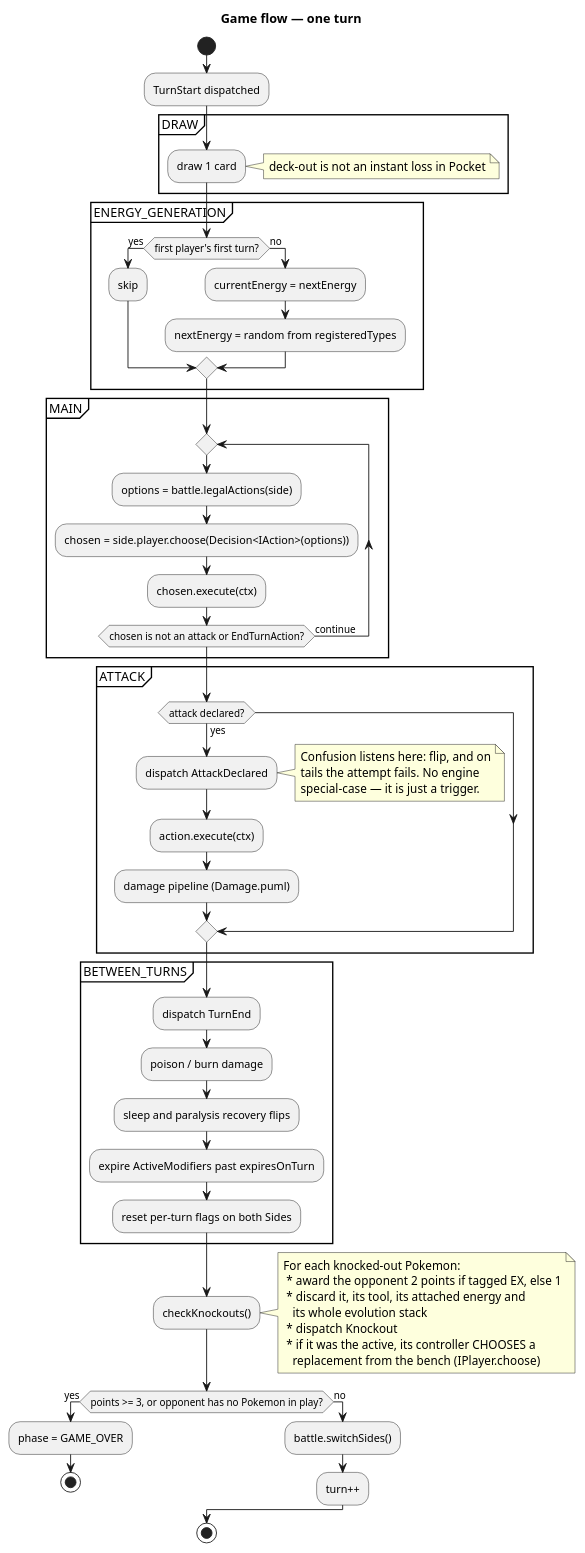
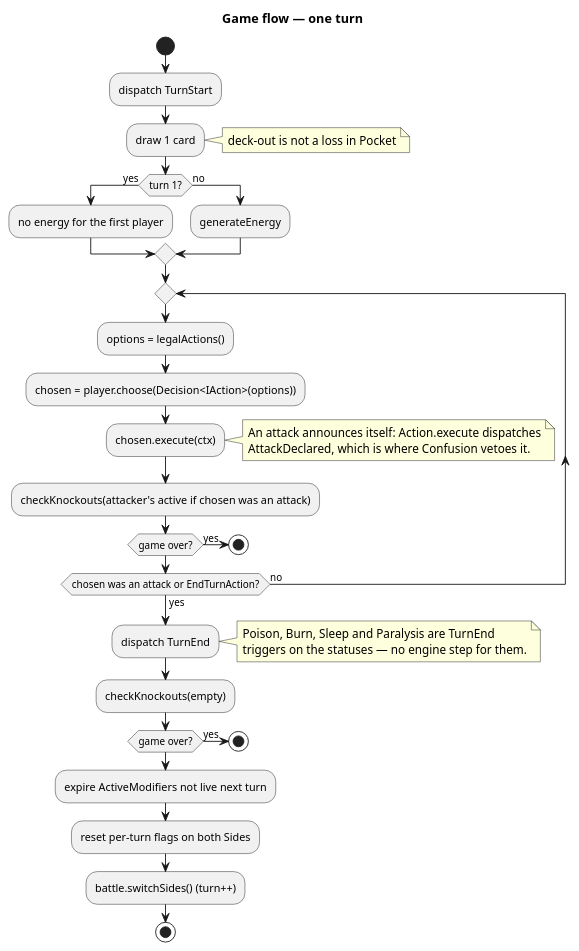
The third of 4 diagrams in docs/UML/GameFlow.puml (Richie-Moon/TCGPocketBattler), drawn with PlantUML before and after one commit. The commit also changed other lines of this file and 21 other files, not shown here.

First line of the commit message:
feat(engine): Added TurnEngine and discard of the whole evolution stack

```diff
--- a/docs/UML/GameFlow.puml
+++ b/docs/UML/GameFlow.puml
@@ -57,71 +88,44 @@
 @startuml
 title Game flow — one turn
 
 start
-:TurnStart dispatched;
+:dispatch TurnStart;
+:draw 1 card;
+note right: deck-out is not a loss in Pocket
 
-partition DRAW {
-  :draw 1 card;
-  note right: deck-out is not an instant loss in Pocket
-}
-
-partition ENERGY_GENERATION {
-  if (first player's first turn?) then (yes)
-    :skip;
-  else (no)
-    :currentEnergy = nextEnergy;
-    :nextEnergy = random from registeredTypes;
-  endif
-}
-
-partition MAIN {
-  repeat
-    :options = battle.legalActions(side);
-    :chosen = side.player.choose(Decision<IAction>(options));
-    :chosen.execute(ctx);
-  repeat while (chosen is not an attack or EndTurnAction?) is (continue)
-}
-
-partition ATTACK {
-  if (attack declared?) then (yes)
-    :dispatch AttackDeclared;
-    note right
-      Confusion listens here: flip, and on
-      tails the attempt fails. No engine
-      special-case — it is just a trigger.
-    end note
-    :action.execute(ctx);
-    :damage pipeline (Damage.puml);
-  endif
-}
-
-partition BETWEEN_TURNS {
-  :dispatch TurnEnd;
-  :poison / burn damage;
-  :sleep and paralysis recovery flips;
-  :expire ActiveModifiers past expiresOnTurn;
-  :reset per-turn flags on both Sides;
-}
-
-:checkKnockouts();
-note right
-  For each knocked-out Pokemon:
-   * award the opponent 2 points if tagged EX, else 1
-   * discard it, its tool, its attached energy and
-     its whole evolution stack
-   * dispatch Knockout
-   * if it was the active, its controller CHOOSES a
-     replacement from the bench (IPlayer.choose)
-end note
-
-if (points >= 3, or opponent has no Pokemon in play?) then (yes)
-  :phase = GAME_OVER;
-  stop
+if (turn 1?) then (yes)
+  :no energy for the first player;
 else (no)
-  :battle.switchSides();
-  :turn++;
+  :generateEnergy;
 endif
 
+repeat
+  :options = legalActions();
+  :chosen = player.choose(Decision<IAction>(options));
+  :chosen.execute(ctx);
+  note right
+    An attack announces itself: Action.execute dispatches
+    AttackDeclared, which is where Confusion vetoes it.
+  end note
+  :checkKnockouts(attacker's active if chosen was an attack);
+  if (game over?) then (yes)
+    stop
+  endif
+repeat while (chosen was an attack or EndTurnAction?) is (no) not (yes)
+
+:dispatch TurnEnd;
+note right
+  Poison, Burn, Sleep and Paralysis are TurnEnd
+  triggers on the statuses — no engine step for them.
+end note
+:checkKnockouts(empty);
+if (game over?) then (yes)
+  stop
+endif
+
+:expire ActiveModifiers not live next turn;
+:reset per-turn flags on both Sides;
+:battle.switchSides() (turn++);
 stop
 
 @enduml
```
